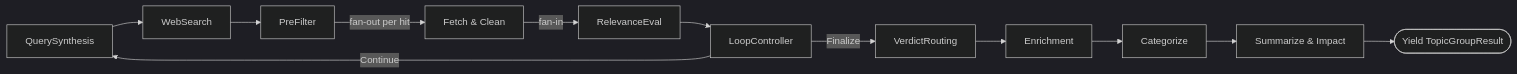
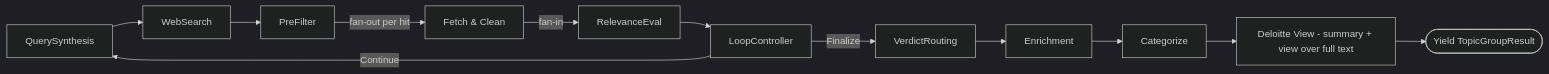
One commit to ctjoumas/agentic-rag-scanner changed the diagram in docs/maf-executor-design.md. Above: the diagram before and after it, drawn with Mermaid (dark theme). The commit also changed other lines of this file and 60 other files, not shown here.

````diff
--- a/docs/maf-executor-design.md
+++ b/docs/maf-executor-design.md
@@ -52,14 +52,14 @@
 ```mermaid
 flowchart LR
     QS[QuerySynthesis] --> WS[WebSearch]
     WS --> PF[PreFilter]
     PF -->|fan-out per hit| FC[Fetch & Clean]
     FC -->|fan-in| RE[RelevanceEval]
     RE --> LC[LoopController]
     LC -->|Continue| QS
     LC -->|Finalize| VR[VerdictRouting]
     VR --> EN[Enrichment]
     EN --> CAT[Categorize]
-    CAT --> SUM[Summarize & Impact]
-    SUM --> OUT([Yield TopicGroupResult])
+    CAT --> DV[Deloitte View - summary + view over full text]
+    DV --> OUT([Yield TopicGroupResult])
 ```
````
